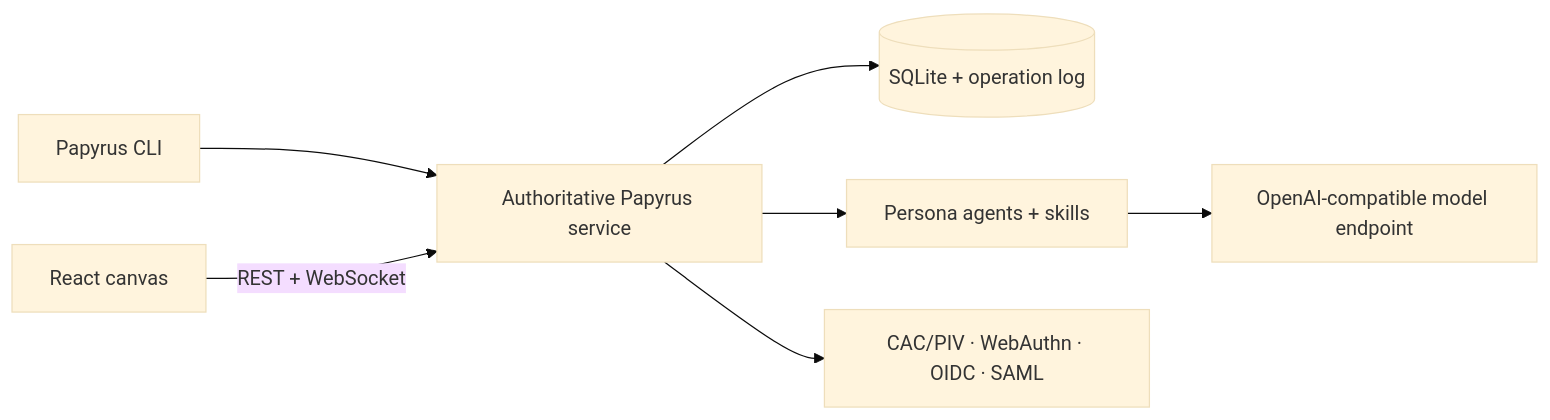
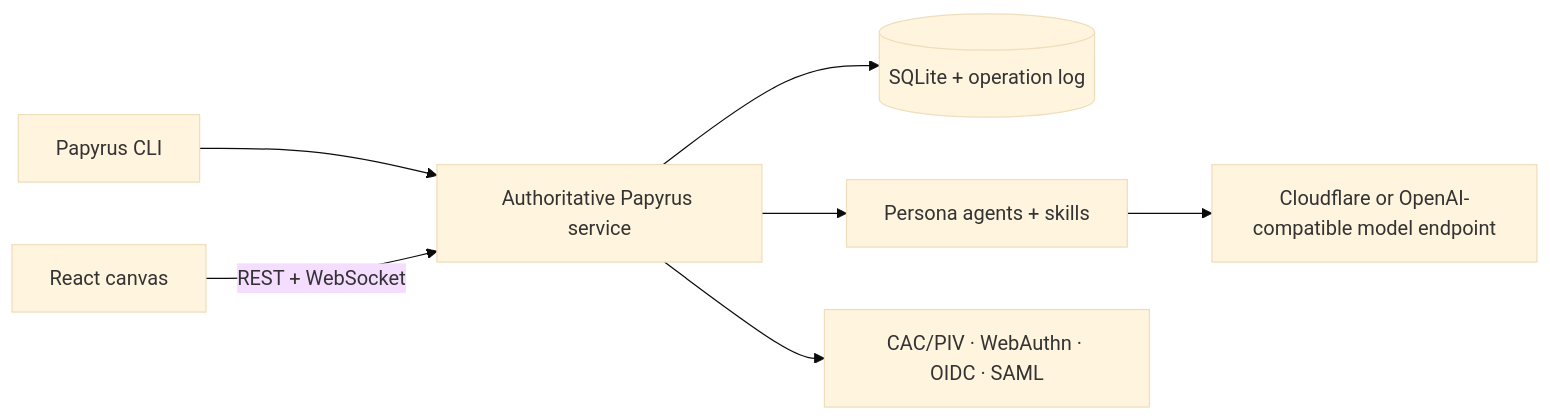
The diagram in README.md (beaglabs/papyrus), drawn with Mermaid (base theme) before and after one commit. The commit also changed other lines of this file and 9 other files, not shown here.

Commit message:
Add Cloudflare Inkling model provider

````diff
--- a/README.md
+++ b/README.md
@@ -30,9 +30,9 @@
 ```mermaid
 flowchart LR
   CLI[Papyrus CLI] --> D[Authoritative Papyrus service]
   WEB[React canvas] -->|REST + WebSocket| D
   D --> DB[(SQLite + operation log)]
   D --> AG[Persona agents + skills]
-  AG --> LLM[OpenAI-compatible model endpoint]
+  AG --> LLM[Cloudflare or OpenAI-compatible model endpoint]
   D --> IDP[CAC/PIV · WebAuthn · OIDC · SAML]
 ```
````
